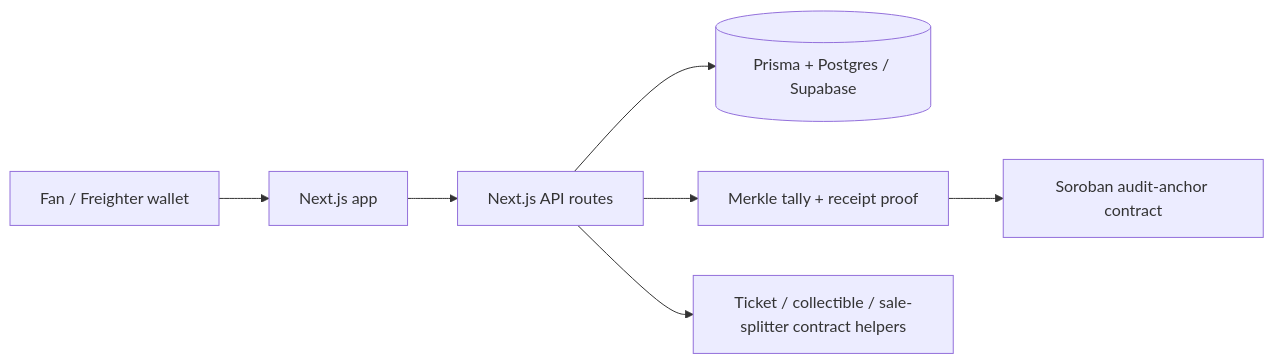
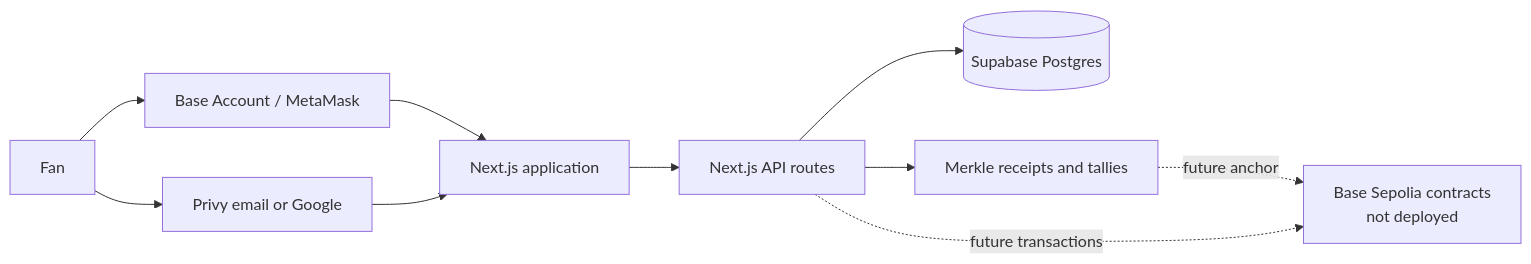
One commit to MikenISATU/CrownFi-App changed the diagram in README.md. Above: the diagram before and after it, drawn with Mermaid. The commit also changed other lines of this file and 1 other file, not shown here.

````diff
--- a/README.md
+++ b/README.md
@@ -41,9 +65,21 @@
 ```mermaid
 flowchart LR
-  Fan[Fan / Freighter wallet] --> Web[Next.js app]
-  Web --> Routes[Next.js API routes]
-  Routes --> DB[(Prisma + Postgres / Supabase)]
-  Routes --> Proofs[Merkle tally + receipt proof]
-  Proofs --> Anchor[Soroban audit-anchor contract]
-  Routes --> Ticket[Ticket / collectible / sale-splitter contract helpers]
+  Fan[Fan]
+  Wallet[Base Account / MetaMask]
+  Privy[Privy email or Google]
+  Web[Next.js application]
+  API[Next.js API routes]
+  DB[(Supabase Postgres)]
+  Proofs[Merkle receipts and tallies]
+  BaseContracts[Base Sepolia contracts<br/>not deployed]
+
+  Fan --> Wallet
+  Fan --> Privy
+  Wallet --> Web
+  Privy --> Web
+  Web --> API
+  API --> DB
+  API --> Proofs
+  Proofs -. future anchor .-> BaseContracts
+  API -. future transactions .-> BaseContracts
 ```
````
